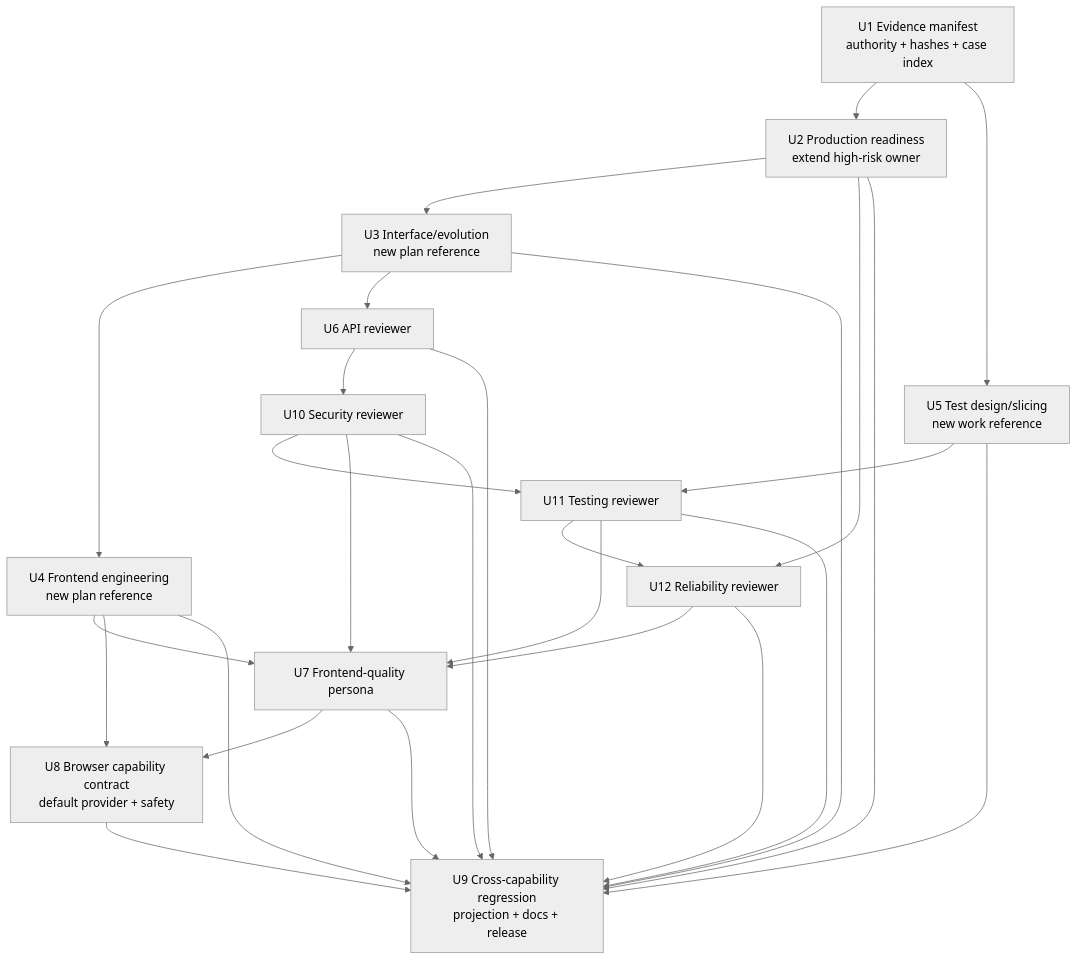
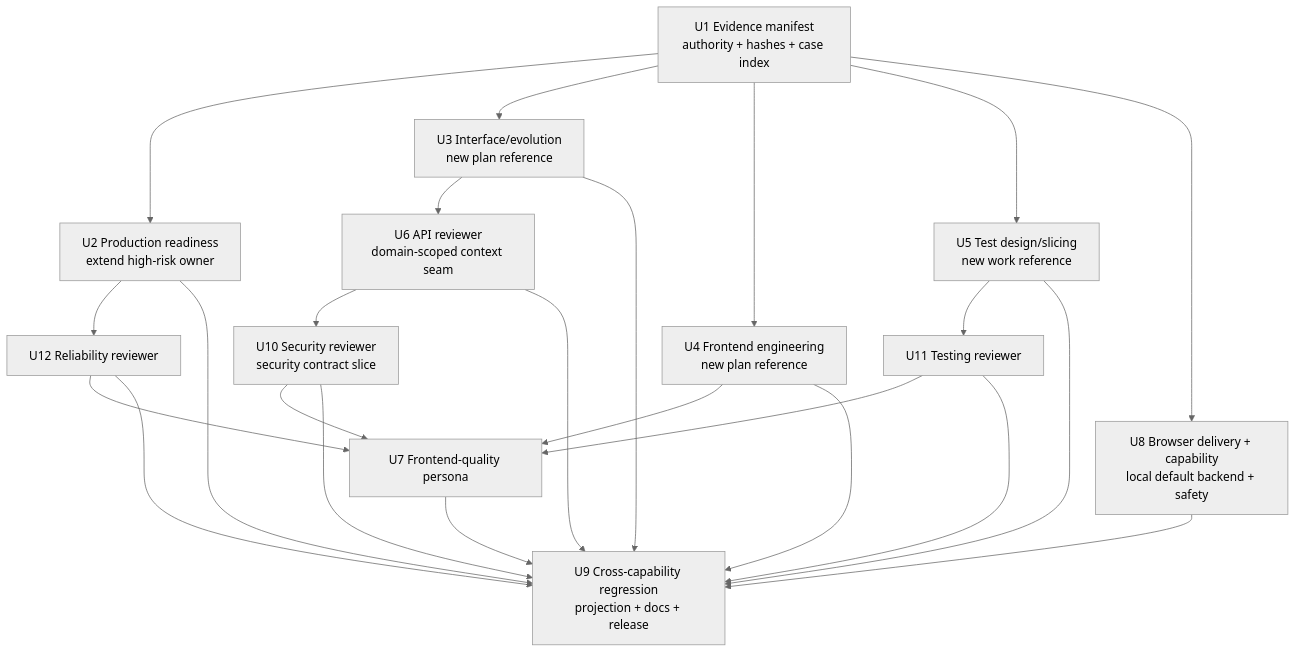
The diagram in docs/plans/2026-07-16-002-refactor-agent-skills-capability-integration-plan.md (leo-kuang-ai/spec-first), drawn with Mermaid (neutral theme) before and after one commit. The commit also changed other lines of this file and 73 other files, not shown here.

First line of the commit message:
feat(spec-work,spec-code-review,spec-debug): quality/capability closure + evals + contract tests

````diff
--- a/docs/plans/2026-07-16-002-refactor-agent-skills-capability-integration-plan.md
+++ b/docs/plans/2026-07-16-002-refactor-agent-skills-capability-integration-plan.md
@@ -202,29 +215,26 @@
 ```mermaid
 flowchart TB
   A[U1 Evidence manifest<br/>authority + hashes + case index] --> B[U2 Production readiness<br/>extend high-risk owner]
-  B --> C[U3 Interface/evolution<br/>new plan reference]
-  C --> D[U4 Frontend engineering<br/>new plan reference]
+  A --> C[U3 Interface/evolution<br/>new plan reference]
+  A --> D[U4 Frontend engineering<br/>new plan reference]
   A --> E[U5 Test design/slicing<br/>new work reference]
-  C --> F1[U6 API reviewer]
-  F1 --> F2[U10 Security reviewer]
+  C --> F1[U6 API reviewer<br/>domain-scoped context seam]
+  F1 --> F2[U10 Security reviewer<br/>security contract slice]
   E --> F3[U11 Testing reviewer]
-  F2 --> F3
   B --> F4[U12 Reliability reviewer]
-  F3 --> F4
   D --> G[U7 Frontend-quality persona]
   F2 --> G
   F3 --> G
   F4 --> G
-  D --> H[U8 Browser capability contract<br/>default provider + safety]
-  G --> H
+  A --> H[U8 Browser delivery + capability<br/>local default backend + safety]
   B --> I[U9 Cross-capability regression<br/>projection + docs + release]
   C --> I
   D --> I
   E --> I
   F1 --> I
   F2 --> I
   F3 --> I
   F4 --> I
   G --> I
   H --> I
 ```
````
